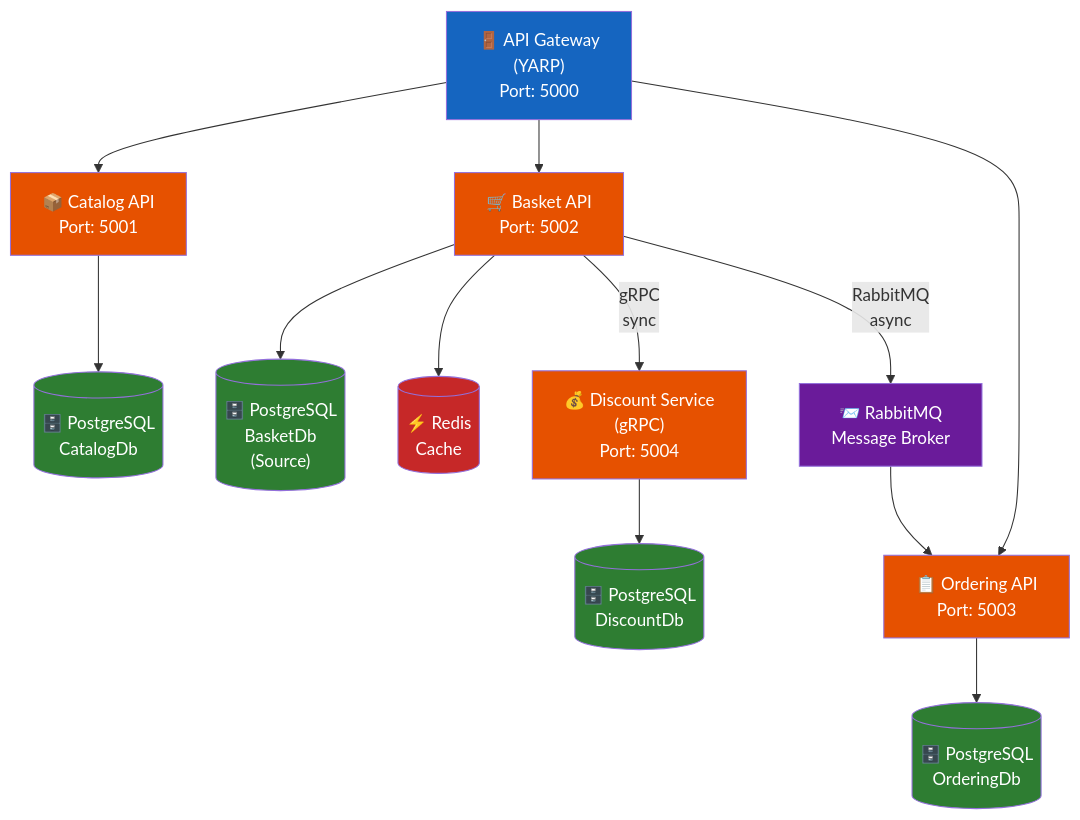
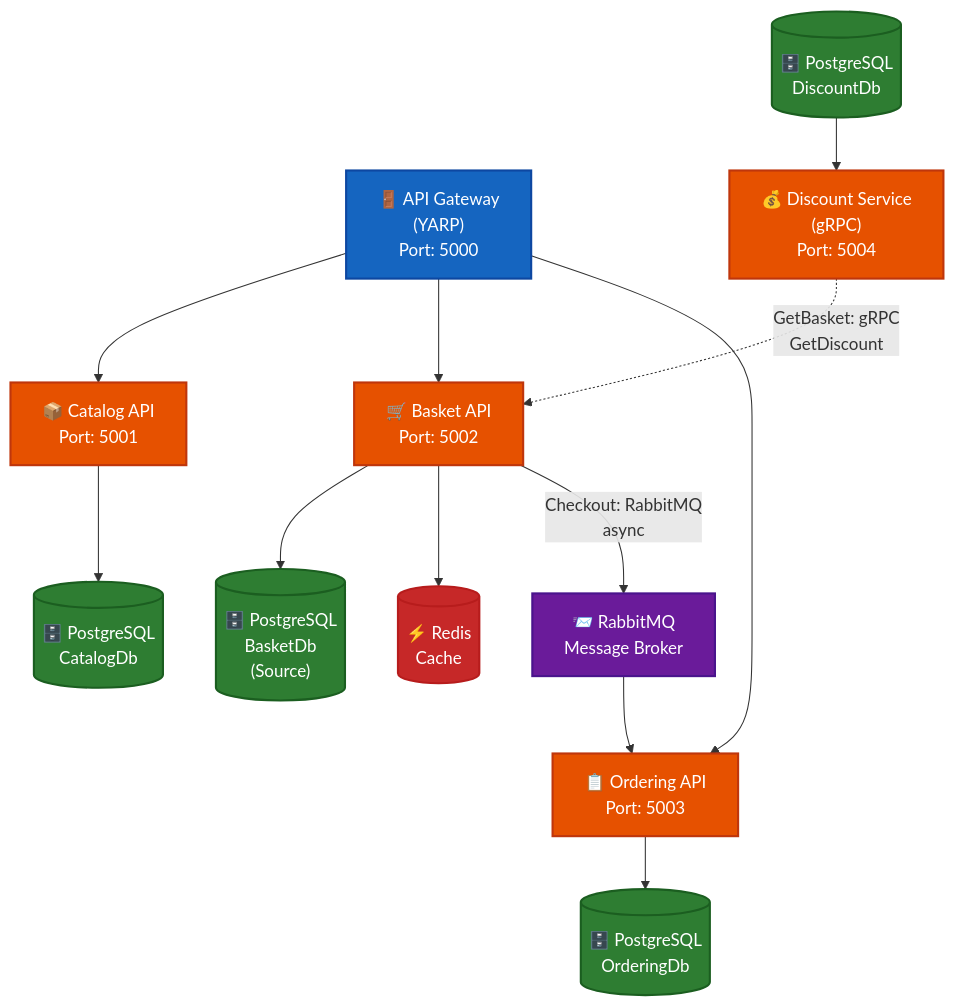
Before and after one commit to kamillsen/microservice-eshop-me: the diagram in README.md, drawn with Mermaid. The commit also changed 3 other files, not shown here.

````diff
--- a/README.md
+++ b/README.md
@@ -94,33 +94,33 @@
 ```mermaid
 graph TB
     Gateway["🚪 API Gateway<br/>(YARP)<br/>Port: 5000"]
     
     Gateway --> Catalog["📦 Catalog API<br/>Port: 5001"]
     Gateway --> Basket["🛒 Basket API<br/>Port: 5002"]
     Gateway --> Ordering["📋 Ordering API<br/>Port: 5003"]
     
     Catalog --> CatalogDb[("🗄️ PostgreSQL<br/>CatalogDb")]
     
     Basket --> BasketDb[("🗄️ PostgreSQL<br/>BasketDb<br/>(Source)")]
     Basket --> Redis[("⚡ Redis<br/>Cache")]
     
-    Basket -->|gRPC<br/>sync| Discount["💰 Discount Service<br/>(gRPC)<br/>Port: 5004"]
-    Discount --> DiscountDb[("🗄️ PostgreSQL<br/>DiscountDb")]
+    Discount["💰 Discount Service<br/>(gRPC)<br/>Port: 5004"] -.->|GetBasket: gRPC<br/>GetDiscount| Basket
+    DiscountDb[("🗄️ PostgreSQL<br/>DiscountDb")] --> Discount
     
-    Basket -->|RabbitMQ<br/>async| RabbitMQ["📨 RabbitMQ<br/>Message Broker"]
+    Basket -->|Checkout: RabbitMQ<br/>async| RabbitMQ["📨 RabbitMQ<br/>Message Broker"]
     RabbitMQ --> Ordering
     
     Ordering --> OrderingDb[("🗄️ PostgreSQL<br/>OrderingDb")]
     
-    style Gateway fill:#1565c0,color:#fff
-    style Catalog fill:#e65100,color:#fff
-    style Basket fill:#e65100,color:#fff
-    style Ordering fill:#e65100,color:#fff
-    style Discount fill:#e65100,color:#fff
-    style Redis fill:#c62828,color:#fff
-    style RabbitMQ fill:#6a1b9a,color:#fff
-    style CatalogDb fill:#2e7d32,color:#fff
-    style BasketDb fill:#2e7d32,color:#fff
-    style DiscountDb fill:#2e7d32,color:#fff
-    style OrderingDb fill:#2e7d32,color:#fff
+    classDef gatewayStyle fill:#1565c0,stroke:#0d47a1,stroke-width:2px,color:#fff
+    classDef apiStyle fill:#e65100,stroke:#bf360c,stroke-width:2px,color:#fff
+    classDef redisStyle fill:#c62828,stroke:#b71c1c,stroke-width:2px,color:#fff
+    classDef rabbitmqStyle fill:#6a1b9a,stroke:#4a148c,stroke-width:2px,color:#fff
+    classDef dbStyle fill:#2e7d32,stroke:#1b5e20,stroke-width:2px,color:#fff
+    
+    class Gateway gatewayStyle
+    class Catalog,Basket,Ordering,Discount apiStyle
+    class Redis redisStyle
+    class RabbitMQ rabbitmqStyle
+    class CatalogDb,BasketDb,DiscountDb,OrderingDb dbStyle
 ```
````
